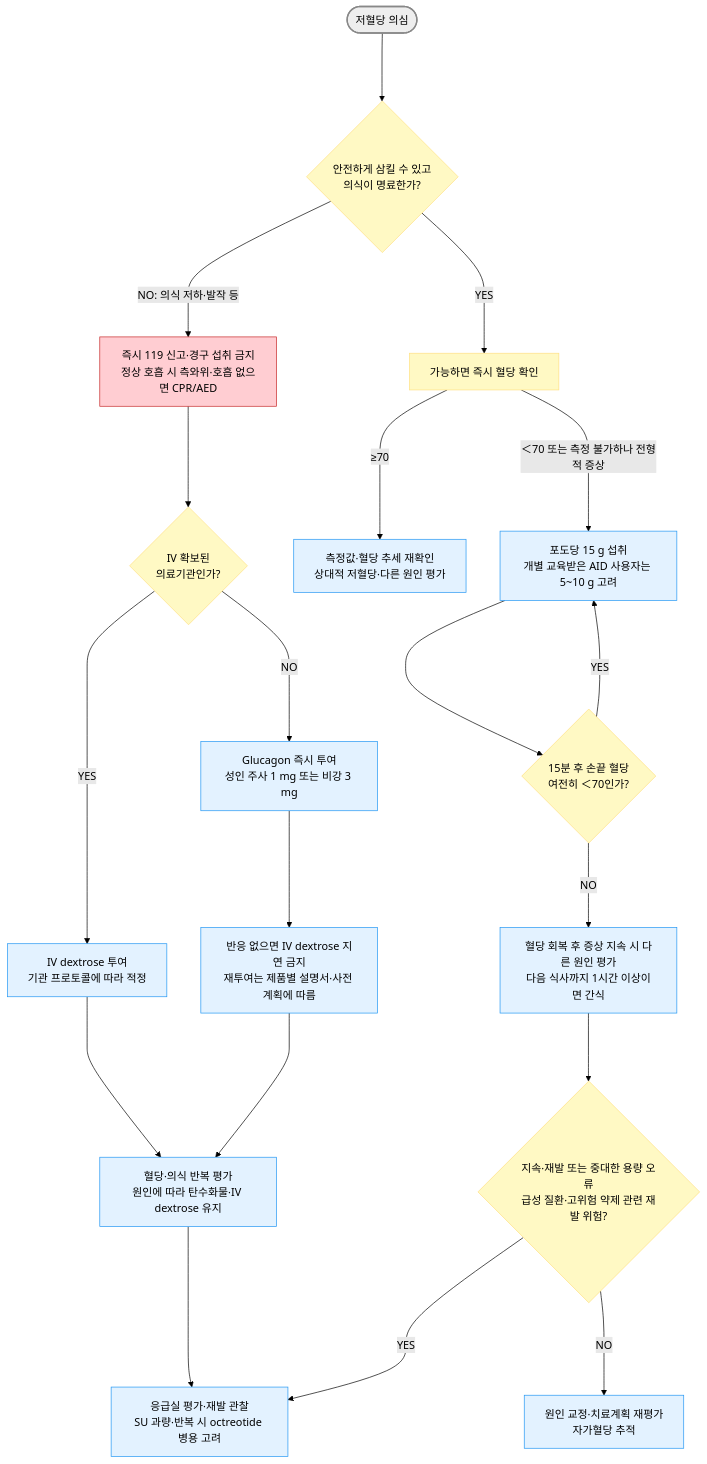
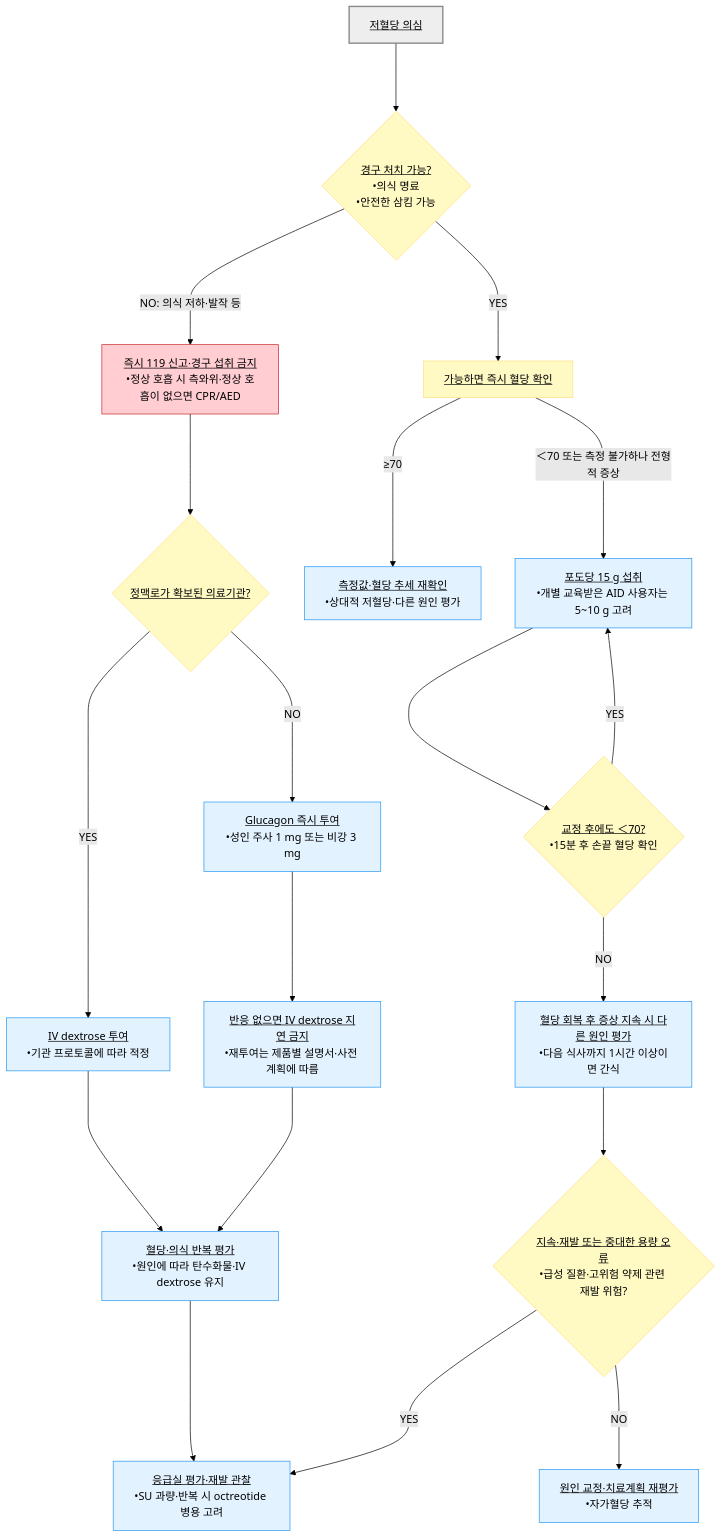
One commit to familyoh77/familyoh77 changed the diagram in 226_/103_-hypoglycemia-diabetic.md. Above: the diagram before and after it, drawn with Mermaid (forest theme). The commit also changed other lines of this file and 9 other files, not shown here.

````diff
--- a/226_/103_-hypoglycemia-diabetic.md
+++ b/226_/103_-hypoglycemia-diabetic.md
@@ -145,28 +145,28 @@
 ```mermaid
 graph TD
-    A([저혈당 의심]) ---> B{안전하게 삼킬 수 있고<br/>의식이 명료한가?}
-    B --->|YES| C[가능하면 즉시 혈당 확인]
-    C --->|＜70 또는 측정 불가하나 전형적 증상| D[포도당 15 g 섭취<br/>개별 교육받은 AID 사용자는 5~10 g 고려]
-    C --->|≥70| E[측정값·혈당 추세 재확인<br/>상대적 저혈당·다른 원인 평가]
-    D ---> F{15분 후 손끝 혈당<br/>여전히 ＜70인가?}
+    A["<u>저혈당 의심</u>"] ---> B{"<u>경구 처치 가능?</u><br/>•의식 명료<br/>•안전한 삼킴 가능"}
+    B --->|YES| C["<u>가능하면 즉시 혈당 확인</u>"]
+    C --->|＜70 또는 측정 불가하나 전형적 증상| D["<u>포도당 15 g 섭취</u><br/>•개별 교육받은 AID 사용자는 5~10 g 고려"]
+    C --->|≥70| E["<u>측정값·혈당 추세 재확인</u><br/>•상대적 저혈당·다른 원인 평가"]
+    D ---> F{"<u>교정 후에도 ＜70?</u><br/>•15분 후 손끝 혈당 확인"}
     F --->|YES| D
-    F --->|NO| G[혈당 회복 후 증상 지속 시 다른 원인 평가<br/>다음 식사까지 1시간 이상이면 간식]
-    B --->|NO: 의식 저하·발작 등| H[즉시 119 신고·경구 섭취 금지<br/>정상 호흡 시 측와위·호흡 없으면 CPR/AED]
-    H ---> I{IV 확보된<br/>의료기관인가?}
-    I --->|YES| J[IV dextrose 투여<br/>기관 프로토콜에 따라 적정]
-    I --->|NO| K[Glucagon 즉시 투여<br/>성인 주사 1 mg 또는 비강 3 mg]
-    K ---> L[반응 없으면 IV dextrose 지연 금지<br/>재투여는 제품별 설명서·사전 계획에 따름]
-    J ---> M[혈당·의식 반복 평가<br/>원인에 따라 탄수화물·IV dextrose 유지]
+    F --->|NO| G["<u>혈당 회복 후 증상 지속 시 다른 원인 평가</u><br/>•다음 식사까지 1시간 이상이면 간식"]
+    B --->|NO: 의식 저하·발작 등| H["<u>즉시 119 신고·경구 섭취 금지</u><br/>•정상 호흡 시 측와위·정상 호흡이 없으면 CPR/AED"]
+    H ---> I{"<u>정맥로가 확보된 의료기관?</u>"}
+    I --->|YES| J["<u>IV dextrose 투여</u><br/>•기관 프로토콜에 따라 적정"]
+    I --->|NO| K["<u>Glucagon 즉시 투여</u><br/>•성인 주사 1 mg 또는 비강 3 mg"]
+    K ---> L["<u>반응 없으면 IV dextrose 지연 금지</u><br/>•재투여는 제품별 설명서·사전 계획에 따름"]
+    J ---> M["<u>혈당·의식 반복 평가</u><br/>•원인에 따라 탄수화물·IV dextrose 유지"]
     L ---> M
-    G ---> N{지속·재발 또는 중대한 용량 오류<br/>급성 질환·고위험 약제 관련 재발 위험?}
-    M ---> O[응급실 평가·재발 관찰<br/>SU 과량·반복 시 octreotide 병용 고려]
+    G ---> N{"<u>지속·재발 또는 중대한 용량 오류</u><br/>•급성 질환·고위험 약제 관련 재발 위험?"}
+    M ---> O["<u>응급실 평가·재발 관찰</u><br/>•SU 과량·반복 시 octreotide 병용 고려"]
     N --->|YES| O
-    N --->|NO| P[원인 교정·치료계획 재평가<br/>자가혈당 추적]
+    N --->|NO| P["<u>원인 교정·치료계획 재평가</u><br/>•자가혈당 추적"]
 
     style A fill:#eeeeee,stroke:#888888,stroke-width:2px
     style H fill:#ffcdd2,stroke:#c62828
-    classDef yellow fill:#fff9c4,stroke:#ffe082
-    class B,C,F,I,N yellow
+    classDef question fill:#fff9c4,stroke:#ffe082
+    class B,C,F,I,N question
     classDef sky fill:#e3f2ff,stroke:#2196f3
     class D,E,G,J,K,L,M,O,P sky
 ```
````
